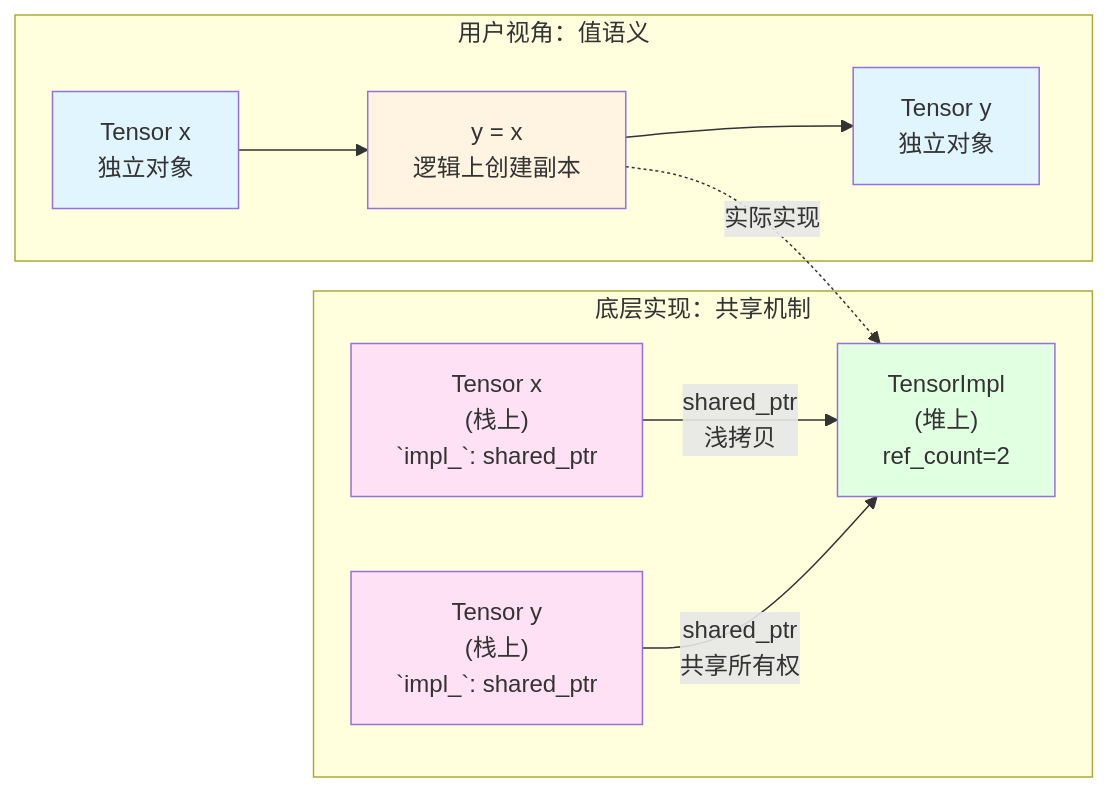
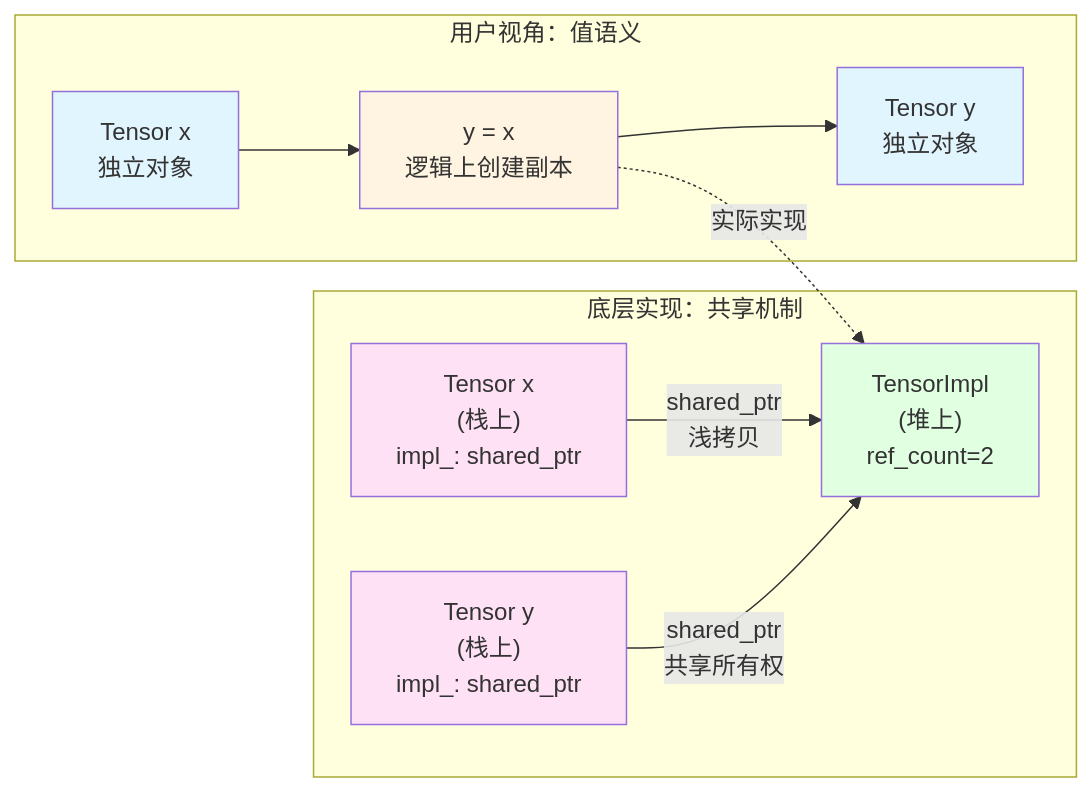
Before and after one commit to jinbooooom/OriginDL: the fourth of 41 diagrams in docs/design/architecture.md, drawn with Mermaid. The commit also changed other lines of this file, not shown here.

Commit message:
doc(design): restructure 2.5 chapter and simplify TensorImpl section

````diff
--- a/docs/design/architecture.md
+++ b/docs/design/architecture.md
@@ -223,27 +240,27 @@
 ```mermaid
 graph LR
     subgraph "用户视角：值语义"
         UserX["Tensor x<br/>独立对象"]
         UserY["Tensor y<br/>独立对象"]
         UserCopy["y = x<br/>逻辑上创建副本"]
         UserX --> UserCopy
         UserCopy --> UserY
     end
     
     subgraph "底层实现：共享机制"
-        StackX["Tensor x<br/>(栈上)<br/>`impl_`: shared_ptr"]
-        StackY["Tensor y<br/>(栈上)<br/>`impl_`: shared_ptr"]
+        StackX["Tensor x<br/>(栈上)<br/>impl_: shared_ptr"]
+        StackY["Tensor y<br/>(栈上)<br/>impl_: shared_ptr"]
         SharedImpl["TensorImpl<br/>(堆上)<br/>ref_count=2"]
         StackX -->|"shared_ptr<br/>浅拷贝"| SharedImpl
         StackY -->|"shared_ptr<br/>共享所有权"| SharedImpl
     end
     
     UserCopy -.->|"实际实现"| SharedImpl
     
     style UserX fill:#e1f5ff
     style UserY fill:#e1f5ff
     style UserCopy fill:#fff4e1
     style StackX fill:#ffe1f5
     style StackY fill:#ffe1f5
     style SharedImpl fill:#e1ffe1
 ```
````
